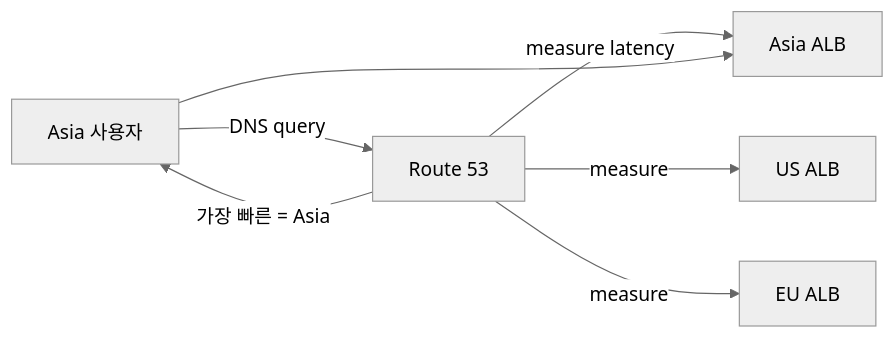
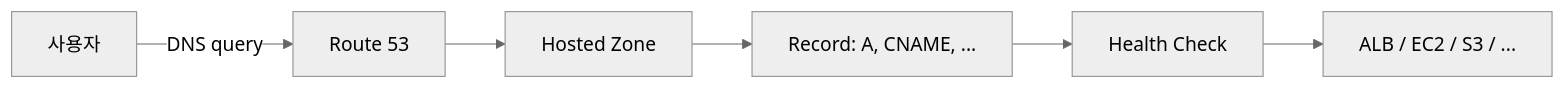
One commit to shinkeonkim/shinkeonkim.github.io changed the diagram in src/content/wiki/cloud/aws-route53.mdx. Above: the diagram before and after it, drawn with Mermaid (neutral theme). The commit also changed other lines of this file and 109 other files, not shown here.

````diff
--- a/src/content/wiki/cloud/aws-route53.mdx
+++ b/src/content/wiki/cloud/aws-route53.mdx
@@ -63,9 +49,8 @@
 ```mermaid
 flowchart LR
-    Client[Asia 사용자] -->|DNS query| R53[Route 53]
-    R53 -->|measure latency| Asian[Asia ALB]
-    R53 -->|measure| US[US ALB]
-    R53 -->|measure| EU[EU ALB]
-    R53 -->|가장 빠른 = Asia| Client
-    Client --> Asian
+  U[사용자] -->|DNS query| R53[Route 53]
+  R53 --> HZ[Hosted Zone]
+  HZ --> R1[Record: A, CNAME, ...]
+  R1 --> HC[Health Check]
+  HC --> Endpoint[ALB / EC2 / S3 / ...]
 ```
````
